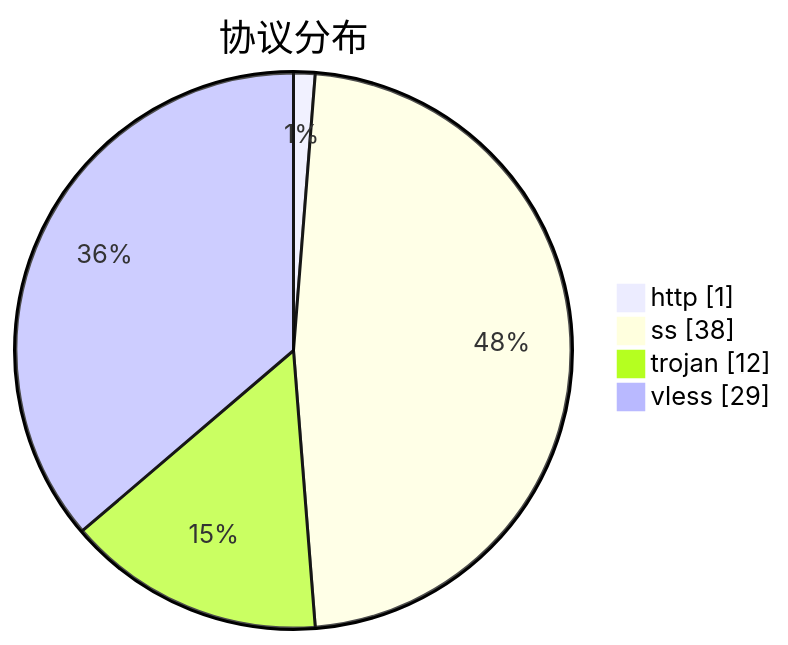
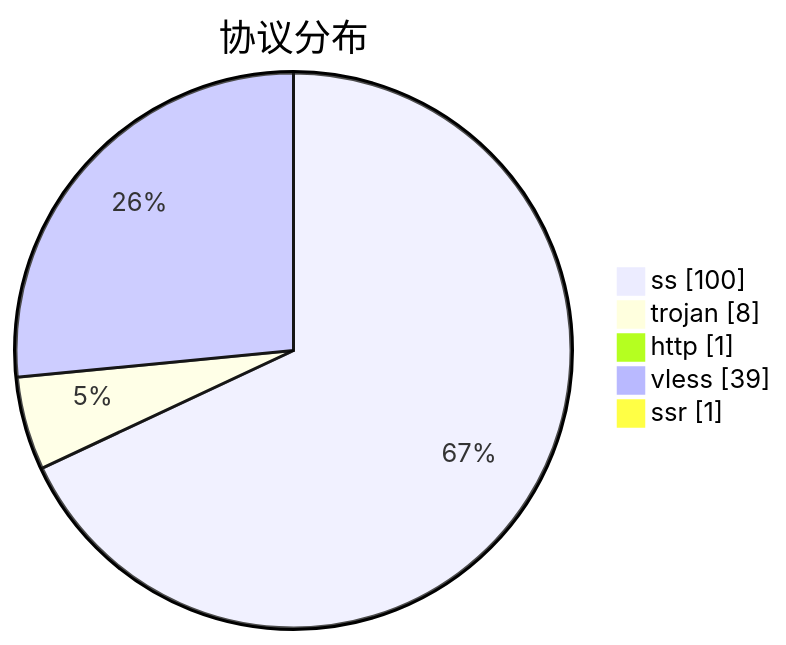
Before and after one commit to qjlxg/airport: the third of 3 diagrams in subs/statistics/tested_within.md, drawn with Mermaid. The commit also changed other lines of this file and 2 other files, not shown here.

````diff
--- a/subs/statistics/tested_within.md
+++ b/subs/statistics/tested_within.md
@@ -15,8 +16,9 @@
 ```mermaid
 pie showData
 title 协议分布
+"ss" : 100
+"trojan" : 8
 "http" : 1
-"ss" : 38
-"trojan" : 12
-"vless" : 29
+"vless" : 39
+"ssr" : 1
 ```
````
